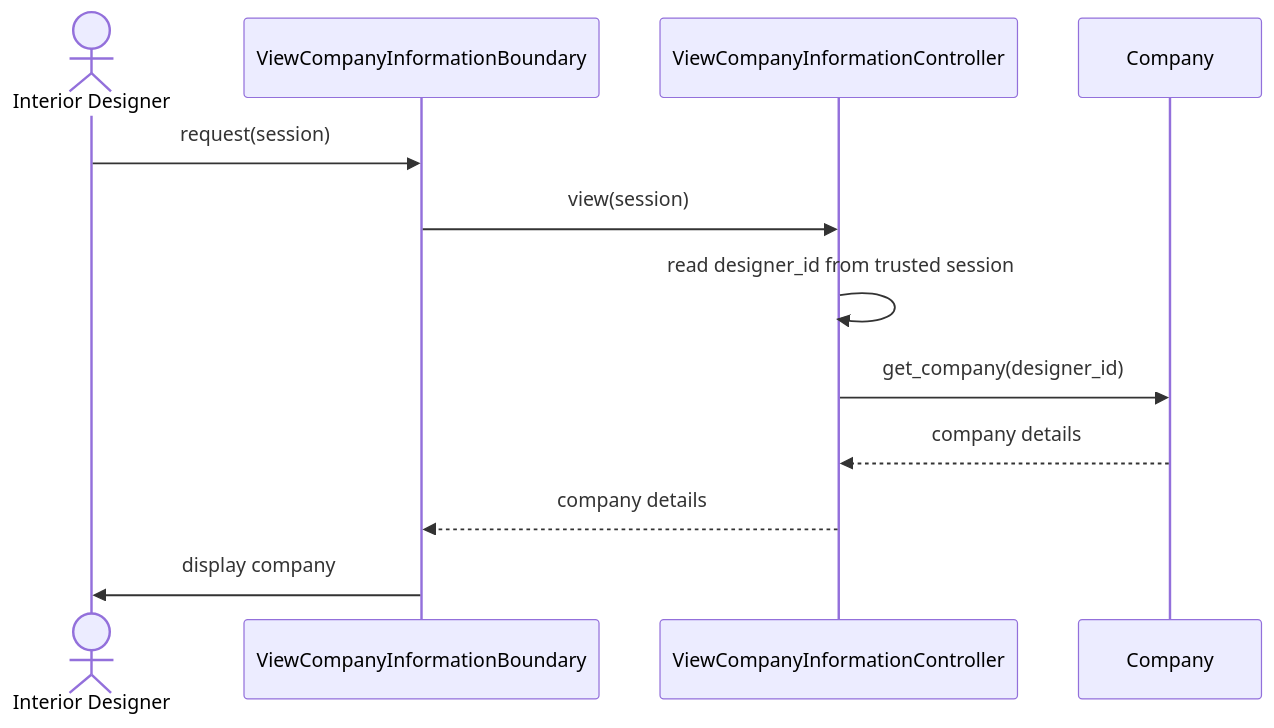
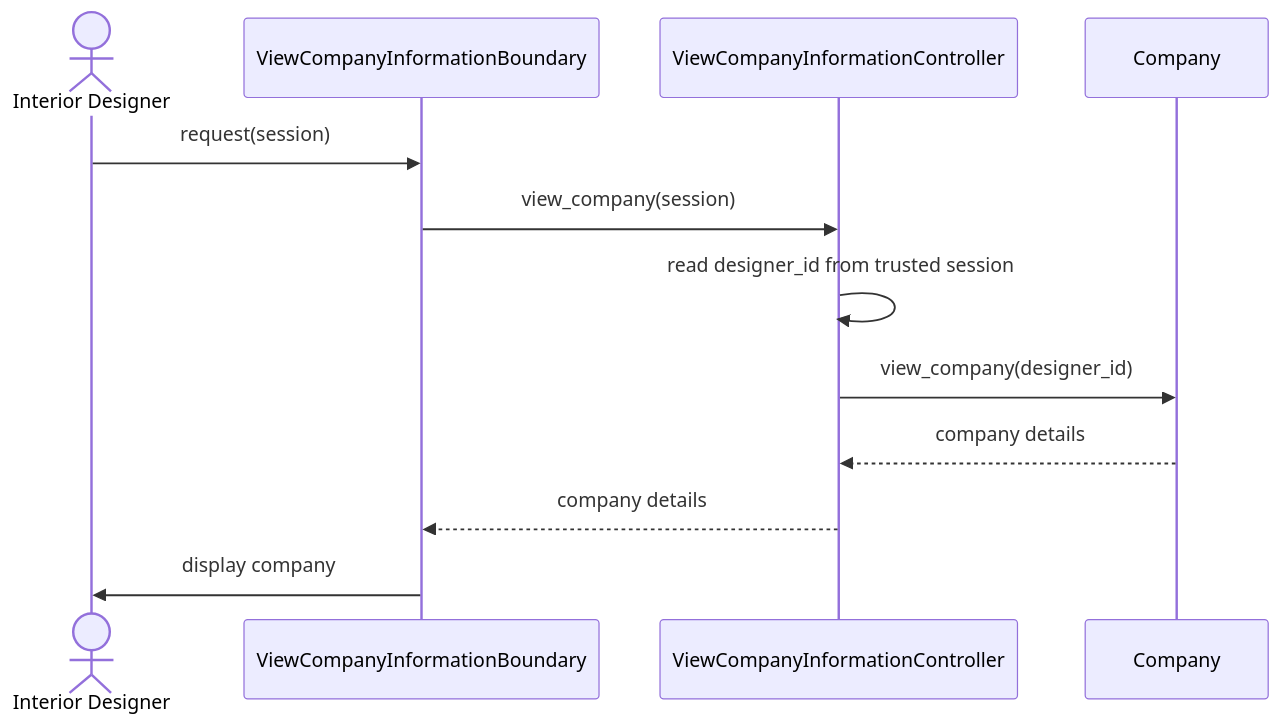
One commit to boyinapuddle/CSIT314-Chinese changed the second of 2 diagrams in diagrams/US14_View_Company_Information/README.md. Above: the diagram before and after it, drawn with Mermaid. The commit also changed other lines of this file and 140 other files, not shown here.

````diff
--- a/diagrams/US14_View_Company_Information/README.md
+++ b/diagrams/US14_View_Company_Information/README.md
@@ -20,14 +20,14 @@
 ```mermaid
 sequenceDiagram
     actor P0 as Interior Designer
     participant P1 as ViewCompanyInformationBoundary
     participant P2 as ViewCompanyInformationController
     participant P3 as Company
     P0->>P1: request(session)
-    P1->>P2: view(session)
+    P1->>P2: view_company(session)
     P2->>P2: read designer_id from trusted session
-    P2->>P3: get_company(designer_id)
+    P2->>P3: view_company(designer_id)
     P3-->>P2: company details
     P2-->>P1: company details
     P1->>P0: display company
 ```
````
